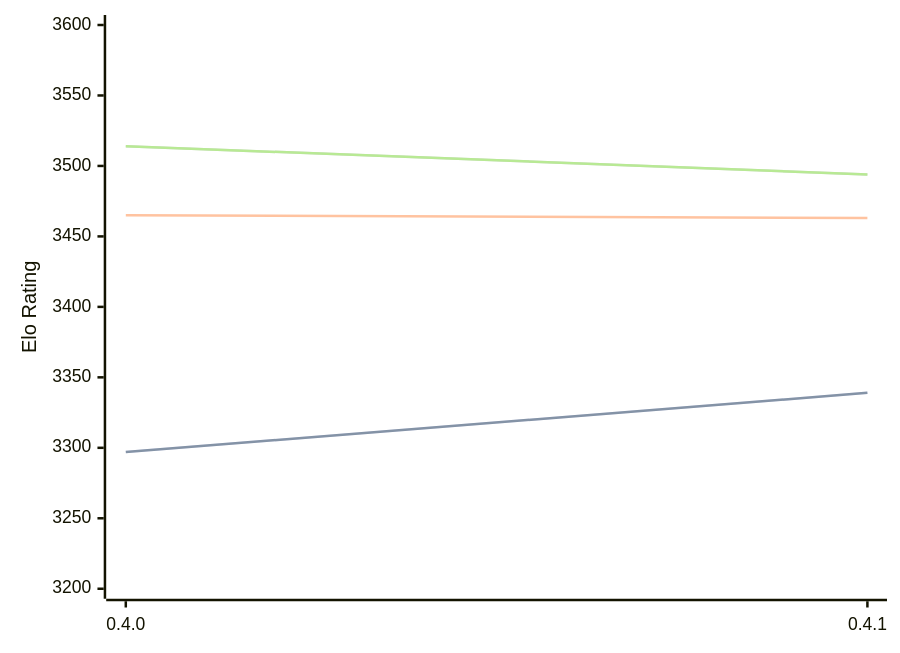
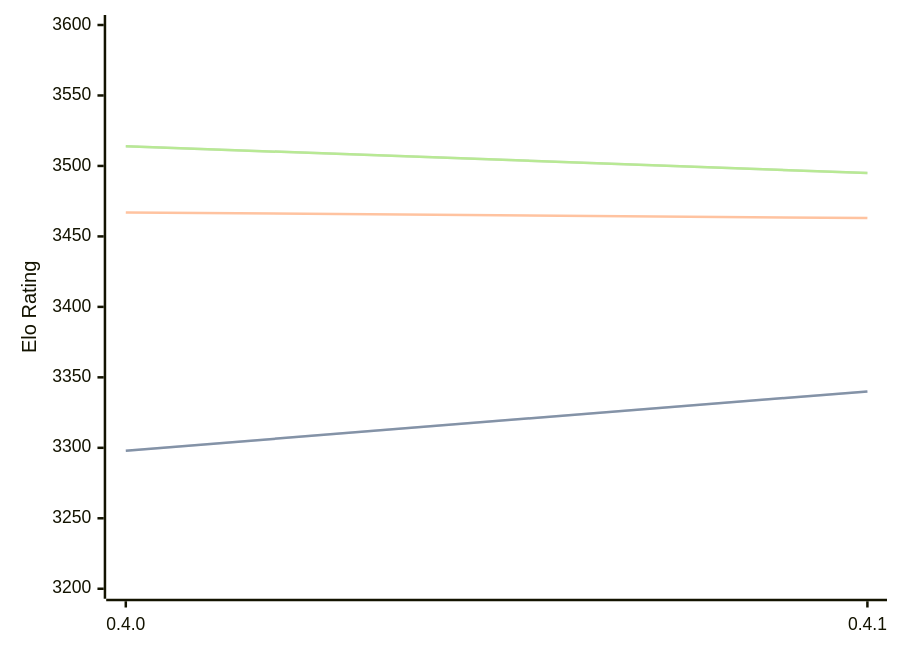
One commit to computer-chess-index/cci changed the third of 3 diagrams in engines/Cinder.md. Above: the diagram before and after it, drawn with Mermaid. The commit also changed other lines of this file, not shown here.

Commit message:
Update CCI Ratings (ELO VLTC) - 2026-07-02

````diff
--- a/engines/Cinder.md
+++ b/engines/Cinder.md
@@ -73,11 +73,11 @@
 ```mermaid
 %%{init: {"theme":"base","themeVariables":{"seriesColors:['#a3a3a3','#222221','#faa371']}}}%%
 xychart-beta
   x-axis ["0.4.0", "0.4.1"]
   y-axis "Elo Rating" 3200 --> 3600
-  line "STC (8.0+0.08s)" [3297, 3339]
-  line "STC (8.0+0.08s)" [3297, 3339]
-  line "LTC (60.0+0.60s)" [3465, 3463]
-  line "VLTC (2m24s+1.12s)" [3514, 3494]
-  line "VLTC (2m24s+1.12s)" [3514, 3494]
+  line "STC (8.0+0.08s)" [3298, 3340]
+  line "STC (8.0+0.08s)" [3298, 3340]
+  line "LTC (60.0+0.60s)" [3467, 3463]
+  line "VLTC (2m24s+1.12s)" [3514, 3495]
+  line "VLTC (2m24s+1.12s)" [3514, 3495]
 ```
````
